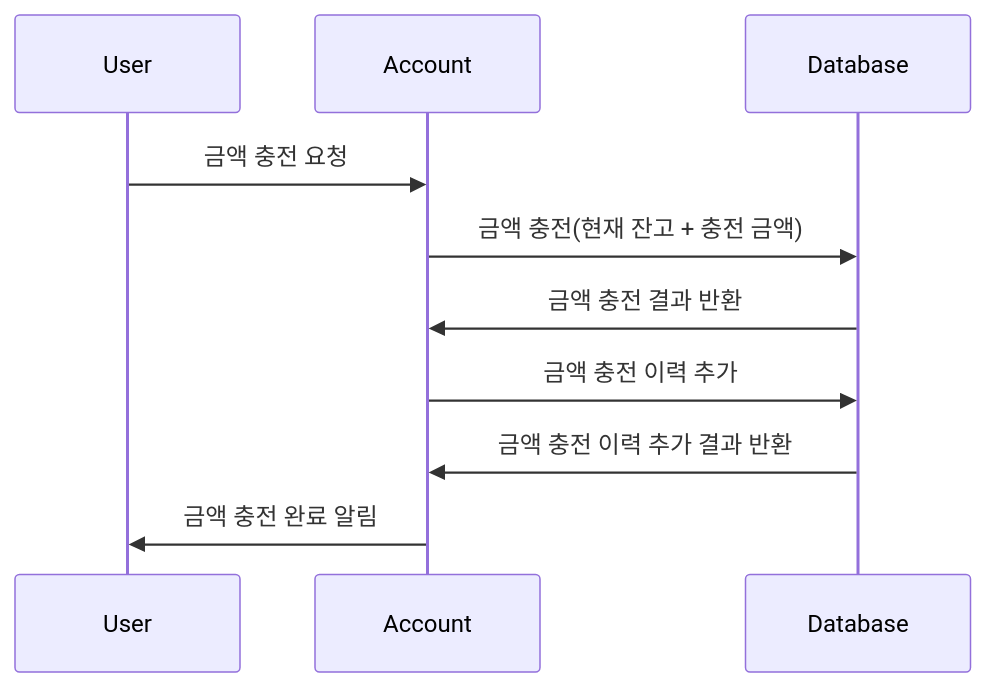
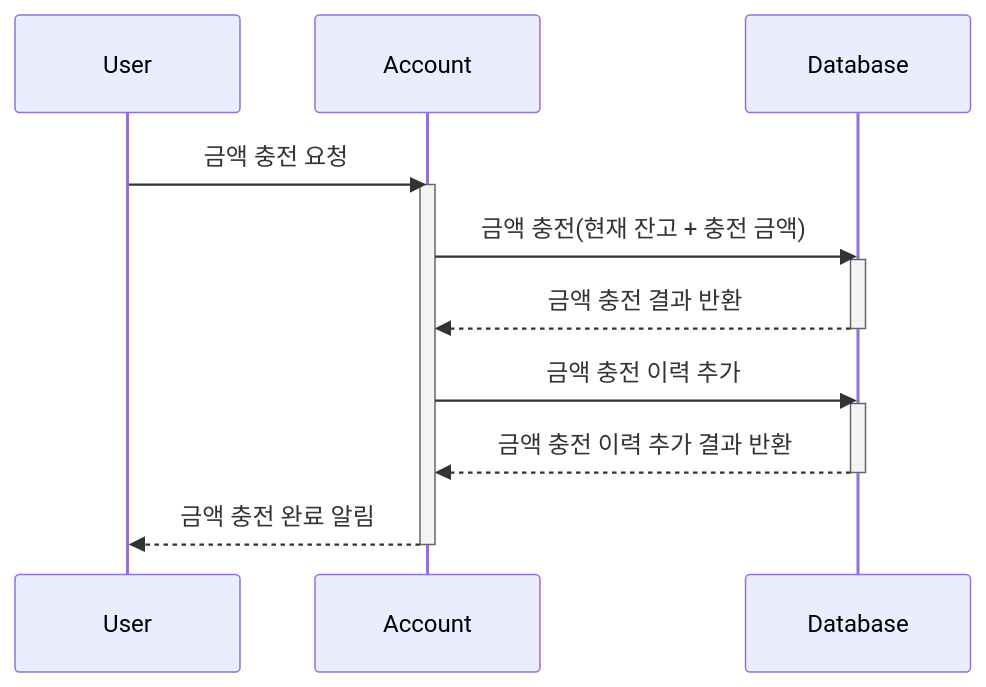
The fifth of 6 diagrams in README.md (durara021/hhplus-server-construction), drawn with Mermaid before and after one commit. The commit also changed other lines of this file, not shown here.

Commit message:
시퀀스 다이어그램 생명선 추가 (#10)

````diff
--- a/README.md
+++ b/README.md
@@ -120,15 +173,19 @@
 ```mermaid
 sequenceDiagram
     participant User
     participant Account
     participant Database
 
     User ->> Account: 금액 충전 요청
+    activate Account
     Account ->> Database: 금액 충전(현재 잔고 + 충전 금액)
-    Database ->> Account: 금액 충전 결과 반환
+    activate Database
+    Database -->> Account: 금액 충전 결과 반환
+    deactivate Database
     Account ->> Database: 금액 충전 이력 추가
-    Database ->> Account: 금액 충전 이력 추가 결과 반환
-    Account ->> User: 금액 충전 완료 알림
-
-
+    activate Database
+    Database -->> Account: 금액 충전 이력 추가 결과 반환
+    deactivate Database
+    Account -->> User: 금액 충전 완료 알림
+    deactivate Account
 ```
````
